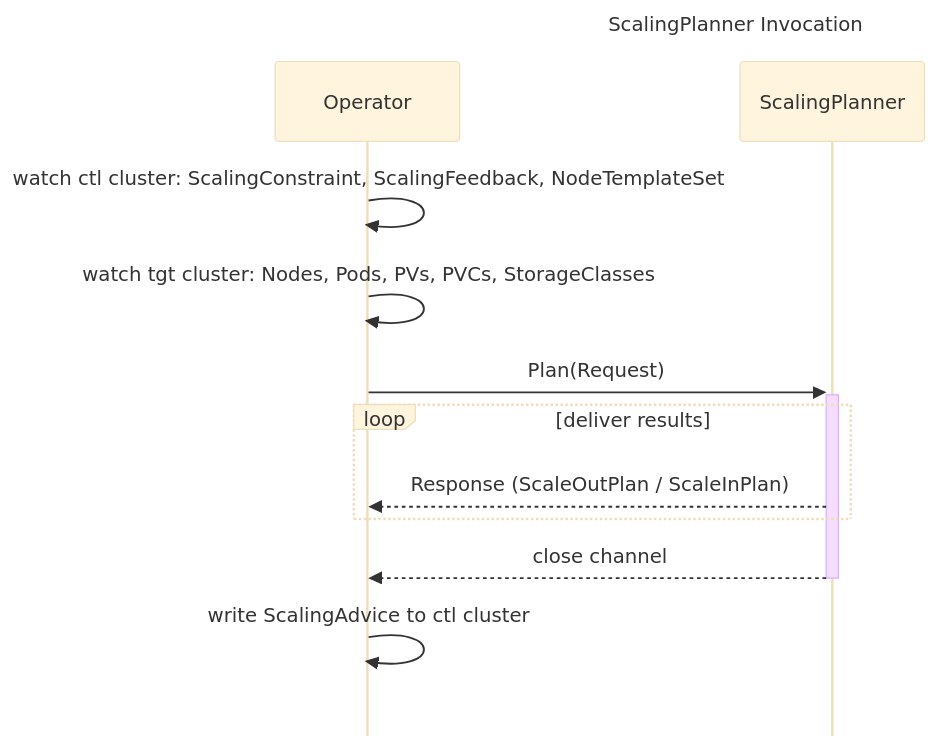
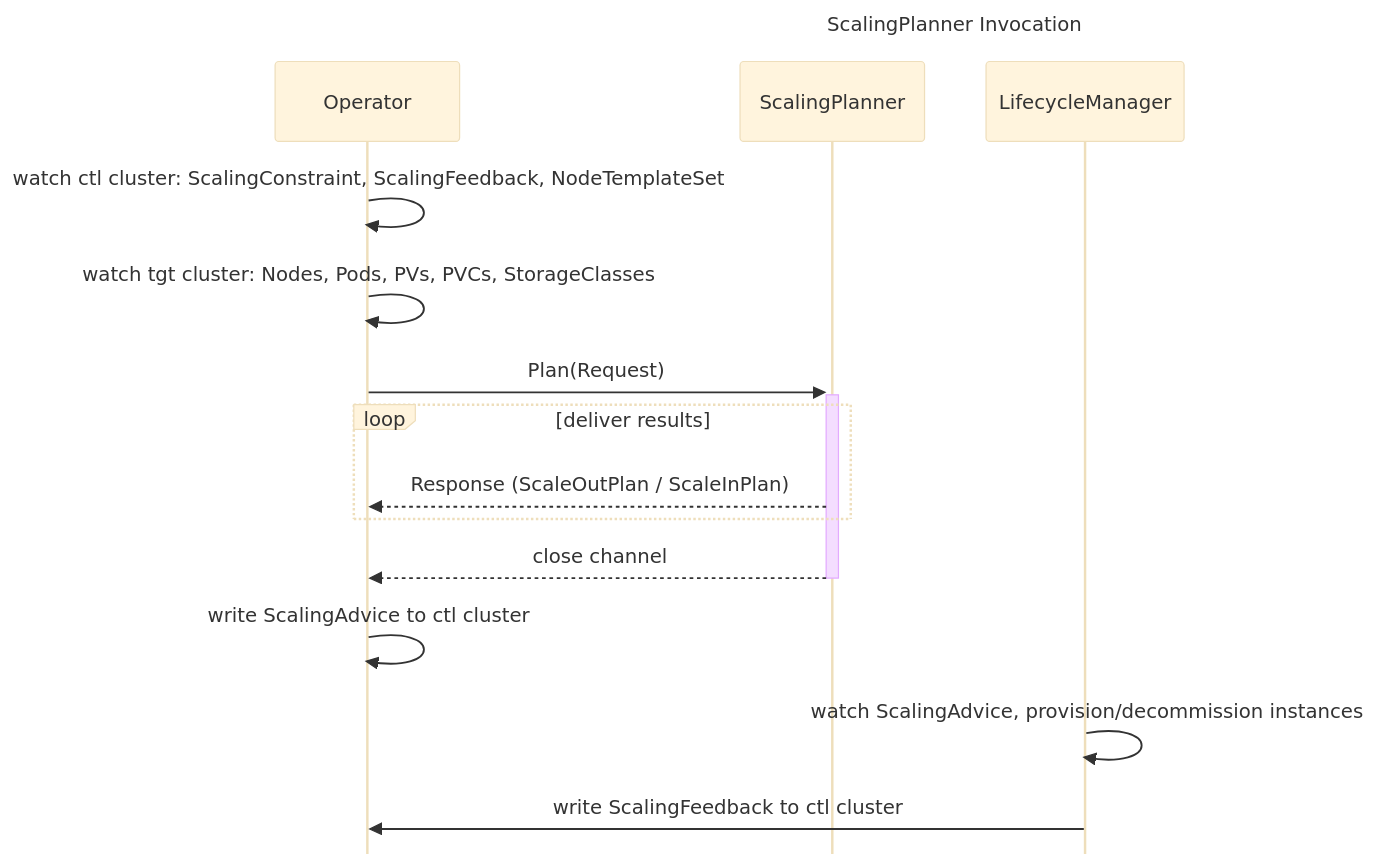
The first of 8 diagrams in docs/design.md (gardener/scaling-advisor), drawn with Mermaid (base theme) before and after one commit. The commit also changed other lines of this file and 2 other files, not shown here.

First line of the commit message:
docs: WIP - ScalingPlanner design doc

````diff
--- a/docs/design.md
+++ b/docs/design.md
@@ -52,20 +52,23 @@
 ```mermaid
 ---
 title: ScalingPlanner Invocation
 config:
   sequence:
     mirrorActors: false
 ---
 sequenceDiagram
     participant op as Operator
     participant sp as ScalingPlanner
+    participant lm as LifecycleManager
 
     op->>op: watch ctl cluster: ScalingConstraint, ScalingFeedback, NodeTemplateSet
     op->>op: watch tgt cluster: Nodes, Pods, PVs, PVCs, StorageClasses
     op->>+sp: Plan(Request)
     loop deliver results
         sp-->>op: Response (ScaleOutPlan / ScaleInPlan)
     end
     sp-->>-op: close channel
     op->>op: write ScalingAdvice to ctl cluster
+    lm->>lm: watch ScalingAdvice, provision/decommission instances
+    lm->>op: write ScalingFeedback to ctl cluster
 ```
````
